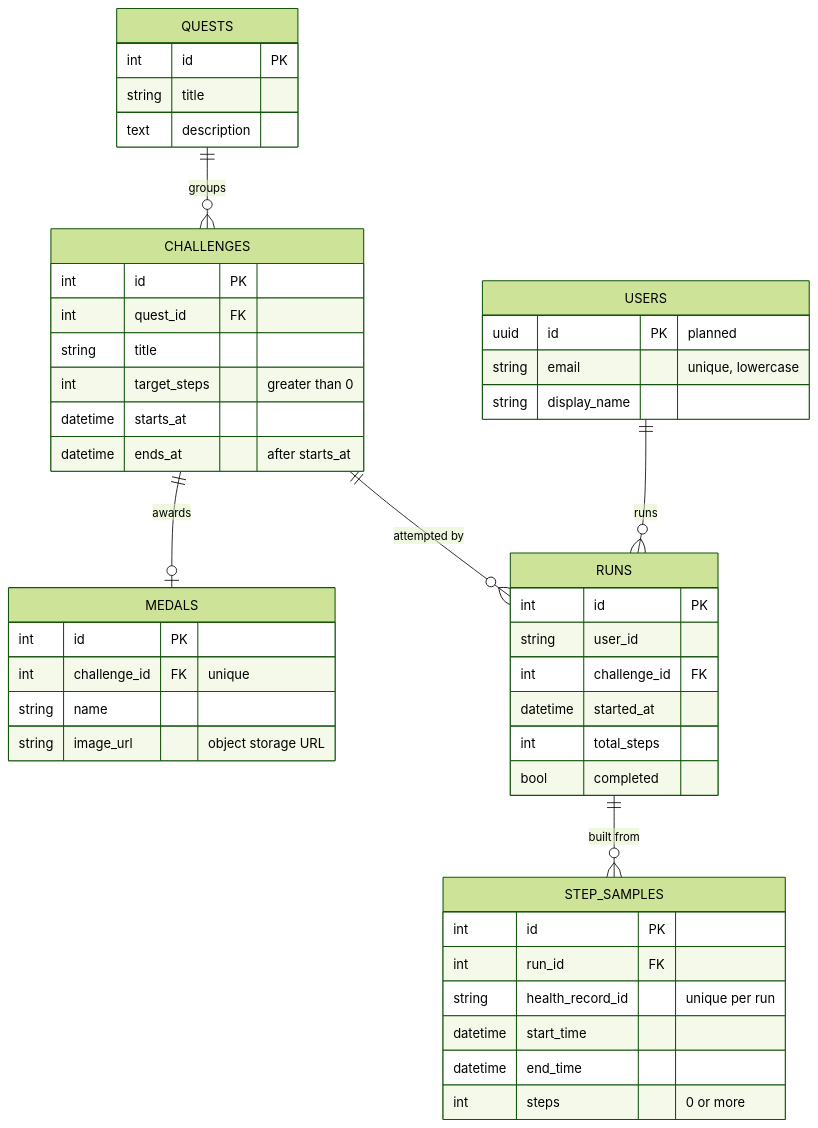
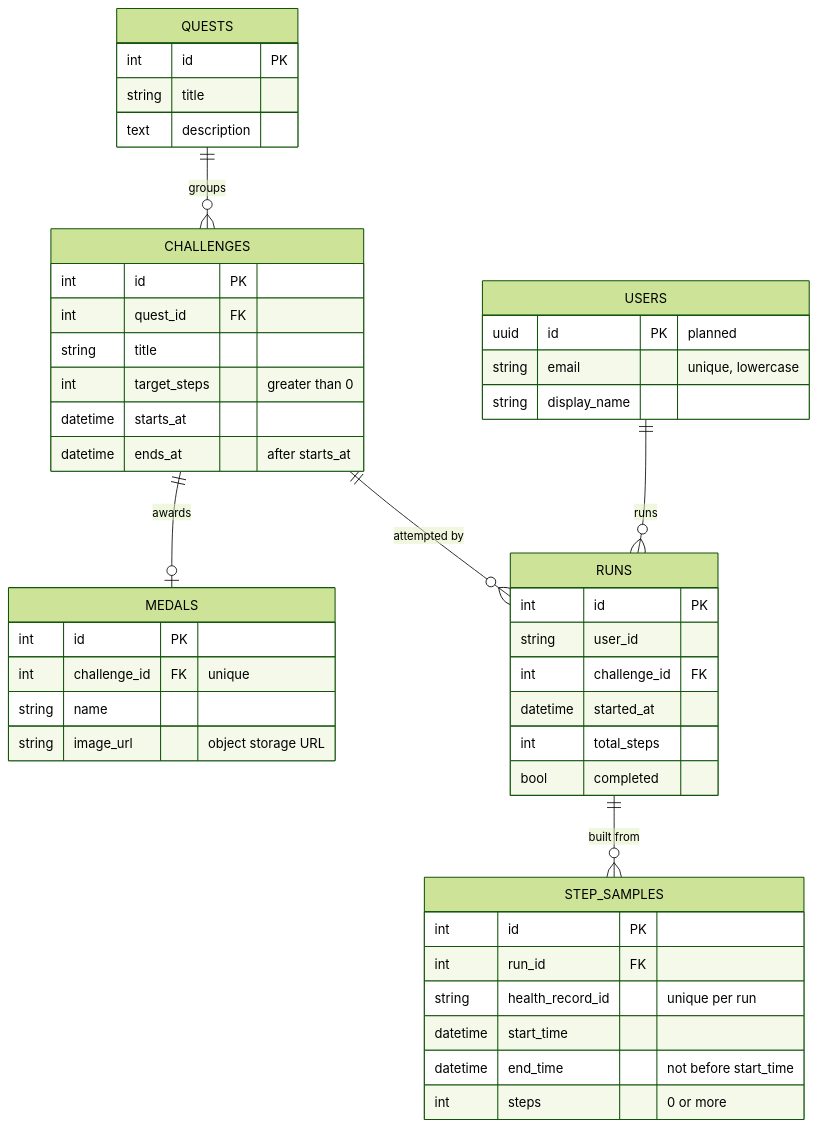
One commit to huynguyennang-agilityio/claude-code-training changed the eighth of 9 diagrams in docs/architecture.md. Above: the diagram before and after it, drawn with Mermaid (forest theme). The commit also changed other lines of this file and 9 other files, not shown here.

First line of the commit message:
docs: address review findings on architecture docs

````diff
--- a/docs/architecture.md
+++ b/docs/architecture.md
@@ -259,49 +267,49 @@
 ```mermaid
 erDiagram
     QUESTS ||--o{ CHALLENGES : groups
     CHALLENGES ||--o| MEDALS : awards
     CHALLENGES ||--o{ RUNS : "attempted by"
     RUNS ||--o{ STEP_SAMPLES : "built from"
     USERS ||--o{ RUNS : runs
 
     QUESTS {
         int id PK
         string title
         text description
     }
     CHALLENGES {
         int id PK
         int quest_id FK
         string title
         int target_steps "greater than 0"
         datetime starts_at
         datetime ends_at "after starts_at"
     }
     MEDALS {
         int id PK
         int challenge_id FK "unique"
         string name
         string image_url "object storage URL"
     }
     RUNS {
         int id PK
         string user_id
         int challenge_id FK
         datetime started_at
         int total_steps
         bool completed
     }
     STEP_SAMPLES {
         int id PK
         int run_id FK
         string health_record_id "unique per run"
         datetime start_time
-        datetime end_time
+        datetime end_time "not before start_time"
         int steps "0 or more"
     }
     USERS {
         uuid id PK "planned"
         string email "unique, lowercase"
         string display_name
     }
 ```
````
